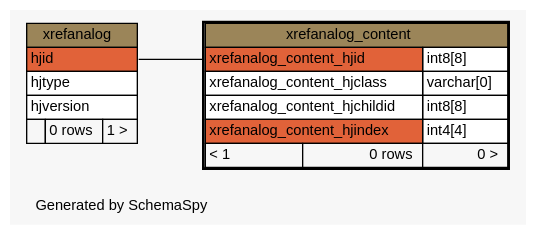
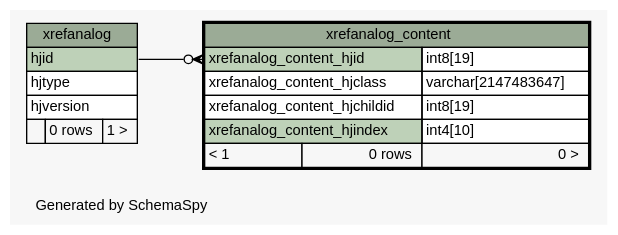
One commit to lmu-bioinformatics/xmlpipedb changed the diagram in site/jekyll/assets/schemaspy/gmbuilderdb/diagrams/xrefanalog_content.1degree.dot. Above: the diagram before and after it, drawn with Graphviz. The commit also changed 1451 other files, not shown here.

Commit message:
New SchemaSpy Results

```diff
--- a/site/jekyll/assets/schemaspy/gmbuilderdb/diagrams/xrefanalog_content.1degree.dot
+++ b/site/jekyll/assets/schemaspy/gmbuilderdb/diagrams/xrefanalog_content.1degree.dot
@@ -1,48 +1,48 @@
-// dot 2.22.2 on Windows Vista 6.0
-// SchemaSpy rev 536
+// dot 2.38.0 on Windows 8.1 6.3
+// SchemaSpy rev 590
 digraph "oneDegreeRelationshipsDiagram" {
   graph [
     rankdir="RL"
     bgcolor="#f7f7f7"
     label="\nGenerated by SchemaSpy"
     labeljust="l"
     nodesep="0.18"
     ranksep="0.46"
     fontname="Helvetica"
     fontsize="11"
   ];
   node [
     fontname="Helvetica"
     fontsize="11"
     shape="plaintext"
   ];
   edge [
     arrowsize="0.8"
   ];
-  "xrefanalog_content":"xrefanalog_content_hjid":w -> "xrefanalog":"hjid":e [arrowhead=none arrowtail=crowodot];
+  "xrefanalog_content":"xrefanalog_content_hjid":w -> "xrefanalog":"hjid":e [arrowhead=none dir=back arrowtail=crowodot];
   "xrefanalog" [
     label=<
     <TABLE BORDER="0" CELLBORDER="1" CELLSPACING="0" BGCOLOR="#ffffff">
-      <TR><TD COLSPAN="3" BGCOLOR="#9b8559" ALIGN="CENTER">xrefanalog</TD></TR>
-      <TR><TD PORT="hjid" COLSPAN="3" BGCOLOR="#e16239" ALIGN="LEFT">hjid</TD></TR>
+      <TR><TD COLSPAN="3" BGCOLOR="#9bab96" ALIGN="CENTER">xrefanalog</TD></TR>
+      <TR><TD PORT="hjid" COLSPAN="3" BGCOLOR="#bed1b8" ALIGN="LEFT">hjid</TD></TR>
       <TR><TD PORT="hjtype" COLSPAN="3" ALIGN="LEFT">hjtype</TD></TR>
       <TR><TD PORT="hjversion" COLSPAN="3" ALIGN="LEFT">hjversion</TD></TR>
       <TR><TD ALIGN="LEFT" BGCOLOR="#f7f7f7">  </TD><TD ALIGN="RIGHT" BGCOLOR="#f7f7f7">0 rows</TD><TD ALIGN="RIGHT" BGCOLOR="#f7f7f7">1 &gt;</TD></TR>
     </TABLE>>
     URL="xrefanalog.html"
     tooltip="xrefanalog"
   ];
   "xrefanalog_content" [
     label=<
     <TABLE BORDER="2" CELLBORDER="1" CELLSPACING="0" BGCOLOR="#ffffff">
-      <TR><TD COLSPAN="3" BGCOLOR="#9b8559" ALIGN="CENTER">xrefanalog_content</TD></TR>
-      <TR><TD PORT="xrefanalog_content_hjid" COLSPAN="2" BGCOLOR="#e16239" ALIGN="LEFT">xrefanalog_content_hjid</TD><TD PORT="xrefanalog_content_hjid.type" ALIGN="LEFT">int8[8]</TD></TR>
-      <TR><TD PORT="xrefanalog_content_hjclass" COLSPAN="2" ALIGN="LEFT">xrefanalog_content_hjclass</TD><TD PORT="xrefanalog_content_hjclass.type" ALIGN="LEFT">varchar[0]</TD></TR>
-      <TR><TD PORT="xrefanalog_content_hjchildid" COLSPAN="2" ALIGN="LEFT">xrefanalog_content_hjchildid</TD><TD PORT="xrefanalog_content_hjchildid.type" ALIGN="LEFT">int8[8]</TD></TR>
-      <TR><TD PORT="xrefanalog_content_hjindex" COLSPAN="2" BGCOLOR="#e16239" ALIGN="LEFT">xrefanalog_content_hjindex</TD><TD PORT="xrefanalog_content_hjindex.type" ALIGN="LEFT">int4[4]</TD></TR>
+      <TR><TD COLSPAN="3" BGCOLOR="#9bab96" ALIGN="CENTER">xrefanalog_content</TD></TR>
+      <TR><TD PORT="xrefanalog_content_hjid" COLSPAN="2" BGCOLOR="#bed1b8" ALIGN="LEFT">xrefanalog_content_hjid</TD><TD PORT="xrefanalog_content_hjid.type" ALIGN="LEFT">int8[19]</TD></TR>
+      <TR><TD PORT="xrefanalog_content_hjclass" COLSPAN="2" ALIGN="LEFT">xrefanalog_content_hjclass</TD><TD PORT="xrefanalog_content_hjclass.type" ALIGN="LEFT">varchar[2147483647]</TD></TR>
+      <TR><TD PORT="xrefanalog_content_hjchildid" COLSPAN="2" ALIGN="LEFT">xrefanalog_content_hjchildid</TD><TD PORT="xrefanalog_content_hjchildid.type" ALIGN="LEFT">int8[19]</TD></TR>
+      <TR><TD PORT="xrefanalog_content_hjindex" COLSPAN="2" BGCOLOR="#bed1b8" ALIGN="LEFT">xrefanalog_content_hjindex</TD><TD PORT="xrefanalog_content_hjindex.type" ALIGN="LEFT">int4[10]</TD></TR>
       <TR><TD ALIGN="LEFT" BGCOLOR="#f7f7f7">&lt; 1</TD><TD ALIGN="RIGHT" BGCOLOR="#f7f7f7">0 rows</TD><TD ALIGN="RIGHT" BGCOLOR="#f7f7f7">0 &gt;</TD></TR>
     </TABLE>>
     URL="xrefanalog_content.html"
     tooltip="xrefanalog_content"
   ];
 }
```
